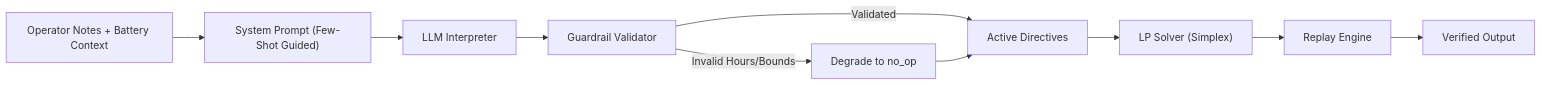
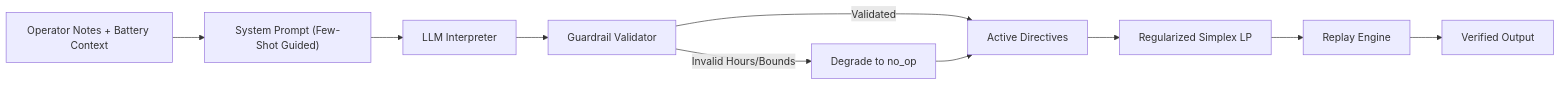
One commit to Team-METAVIS/gridwise-llm changed the second of 2 diagrams in README.md. Above: the diagram before and after it, drawn with Mermaid. The commit also changed other lines of this file and 2 other files, not shown here.

Commit message:
feat: redesign web dashboard in light mode and complete live tester with 24h power flow inspector

````diff
--- a/README.md
+++ b/README.md
@@ -329,12 +341,12 @@
 ```mermaid
 flowchart LR
     A["Operator Notes + Battery Context"] --> B["System Prompt (Few-Shot Guided)"]
     B --> C["LLM Interpreter"]
     C --> D["Guardrail Validator"]
     D -->|Invalid Hours/Bounds| E["Degrade to no_op"]
     D -->|Validated| F["Active Directives"]
     E --> F
-    F --> G["LP Solver (Simplex)"]
+    F --> G["Regularized Simplex LP"]
     G --> H["Replay Engine"]
     H --> I["Verified Output"]
 ```
````
